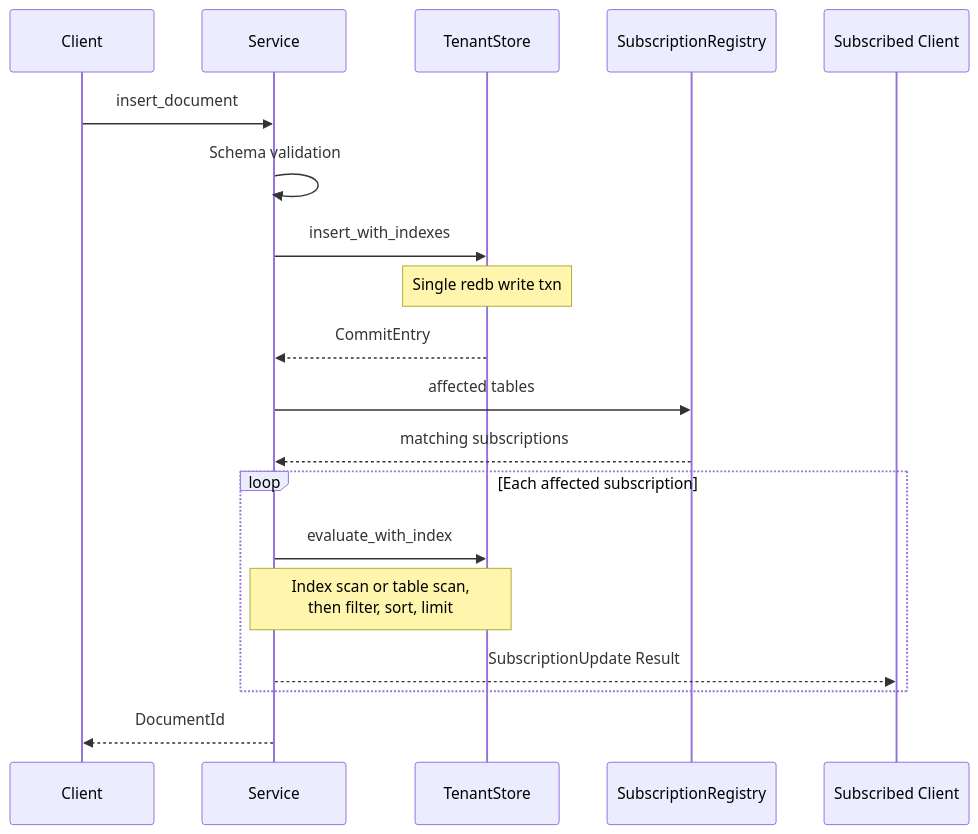
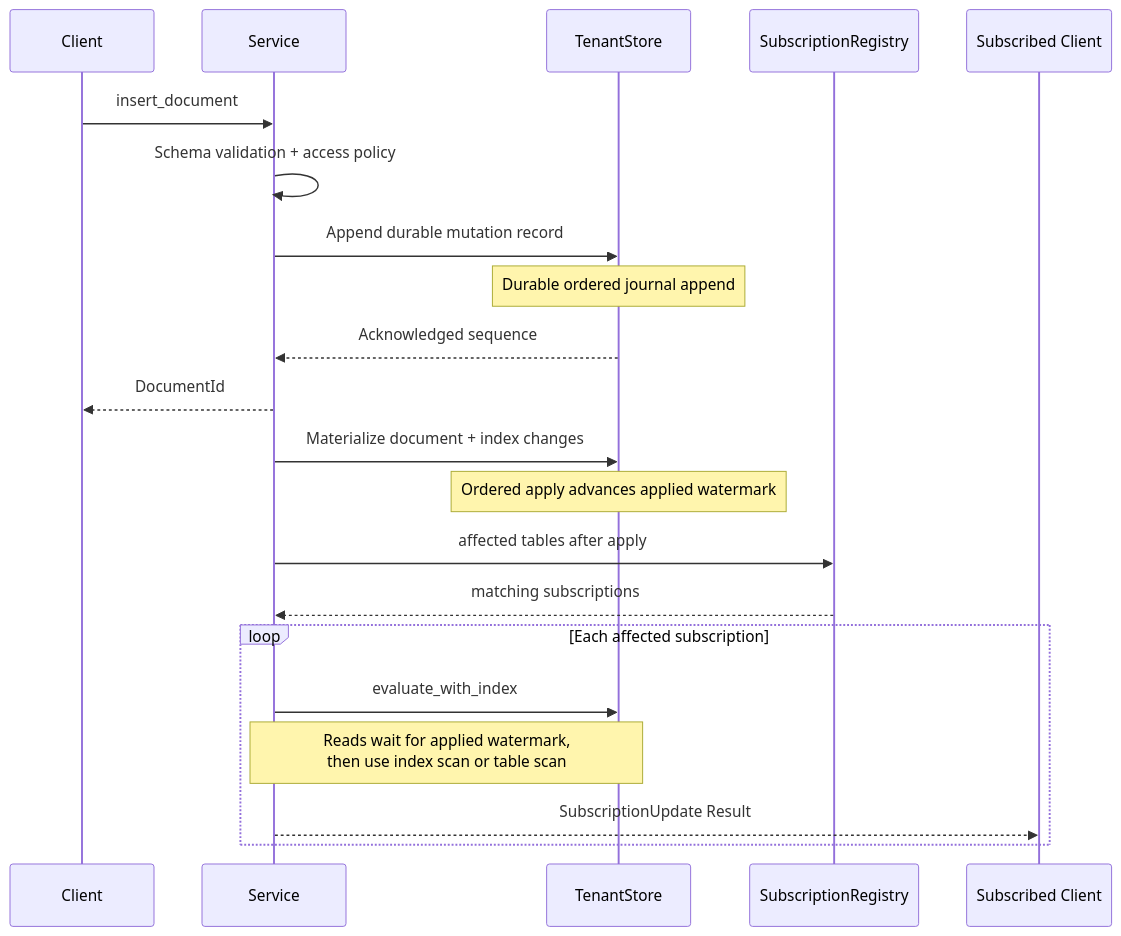
One commit to nimbus/nimbus changed the third of 5 diagrams in ARCHITECTURE.md. Above: the diagram before and after it, drawn with Mermaid. The commit also changed other lines of this file and 34 other files, not shown here.

Commit message:
Complete roadmap phases 6 through 9

````diff
--- a/ARCHITECTURE.md
+++ b/ARCHITECTURE.md
@@ -290,25 +307,26 @@
 ```mermaid
 sequenceDiagram
     participant C as Client
     participant Svc as Service
     participant St as TenantStore
     participant Sub as SubscriptionRegistry
     participant WS as Subscribed Client
 
     C->>Svc: insert_document
-    Svc->>Svc: Schema validation
-    Svc->>St: insert_with_indexes
-    Note over St: Single redb write txn
-    St-->>Svc: CommitEntry
+    Svc->>Svc: Schema validation + access policy
+    Svc->>St: Append durable mutation record
+    Note over St: Durable ordered journal append
+    St-->>Svc: Acknowledged sequence
+    Svc-->>C: DocumentId
 
-    Svc->>Sub: affected tables
+    Svc->>St: Materialize document + index changes
+    Note over St: Ordered apply advances applied watermark
+    Svc->>Sub: affected tables after apply
     Sub-->>Svc: matching subscriptions
 
     loop Each affected subscription
         Svc->>St: evaluate_with_index
-        Note over Svc,St: Index scan or table scan,<br/>then filter, sort, limit
+        Note over Svc,St: Reads wait for applied watermark,<br/>then use index scan or table scan
         Svc-->>WS: SubscriptionUpdate Result
     end
-
-    Svc-->>C: DocumentId
 ```
````
